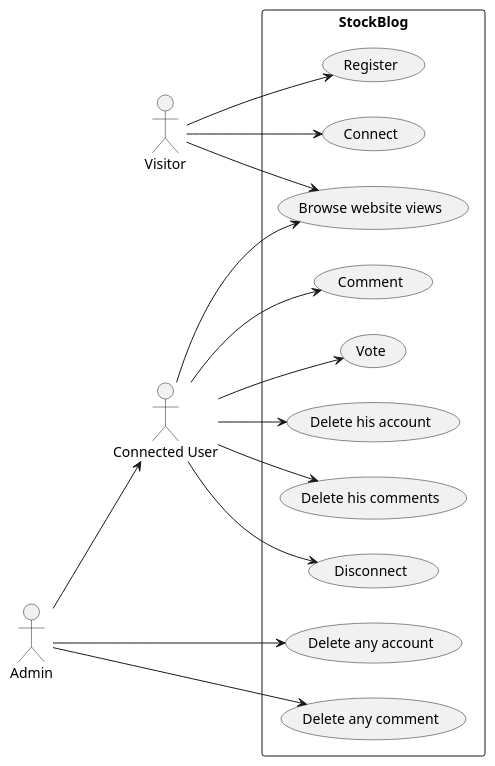
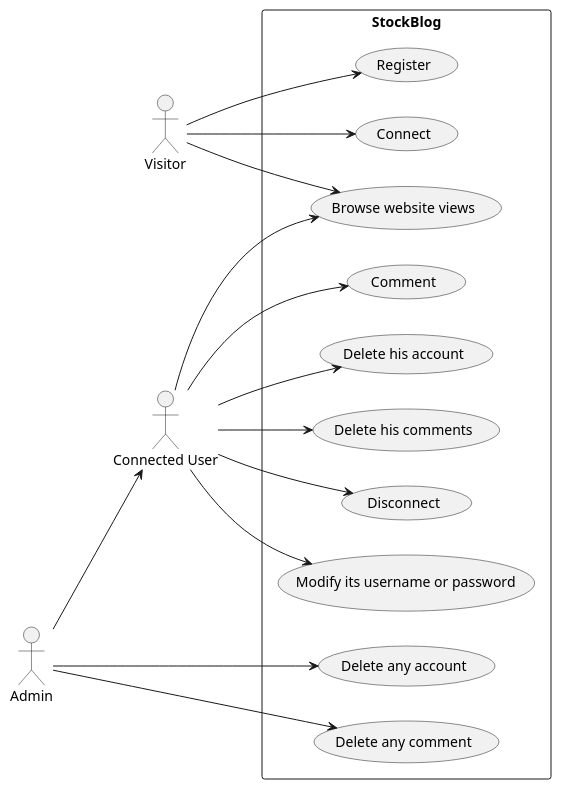
Before and after one commit to MatthMig/StockBlog: the first of 3 diagrams in README.md, drawn with PlantUML. The commit also changed other lines of this file, not shown here.

````diff
--- a/README.md
+++ b/README.md
@@ -19,32 +18,32 @@
 ```plantuml
 @startuml
 left to right direction
 actor "Visitor" as v
 actor "Connected User" as cu
 actor "Admin" as a
 rectangle StockBlog {
   usecase "Register" as R
   usecase "Connect" as CN
   usecase "Browse website views" as BWV
   usecase "Comment" as CM
-  usecase "Vote" as V
   usecase "Delete his account" as DHA
   usecase "Delete his comments" as DHC
   usecase "Disconnect" as D
   usecase "Delete any account" as DAA
   usecase "Delete any comment" as DAC
+  usecase "Modify its username or password" as MUP
 }
 v --> R
 v --> CN
 v --> BWV
 cu --> BWV
 cu --> CM
-cu --> V
 cu --> DHA
 cu --> DHC
 cu --> D
+cu --> MUP
 a --> DAA
 a --> DAC
 a --> cu
 @enduml
 ```
````
